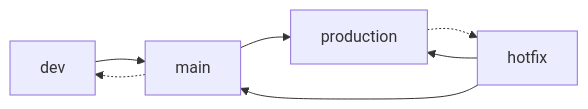
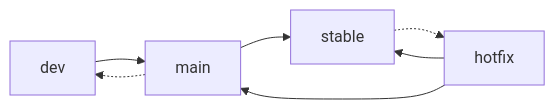
The first of 4 diagrams in docs/workflow/1-repository.md (Mauwii/django_devops), drawn with Mermaid before and after one commit. The commit also changed other lines of this file, not shown here.

`````diff
--- a/docs/workflow/1-repository.md
+++ b/docs/workflow/1-repository.md
@@ -31,8 +30,8 @@
-````mermaid
+``` mermaid
 graph LR
     dev --> main;
     main -.-> dev;
-    main --> production;
-    production -.-> hotfix;
-    hotfix --> production & main;
-````
+    main --> stable;
+    stable -.-> hotfix;
+    hotfix --> stable & main;
+```
`````
